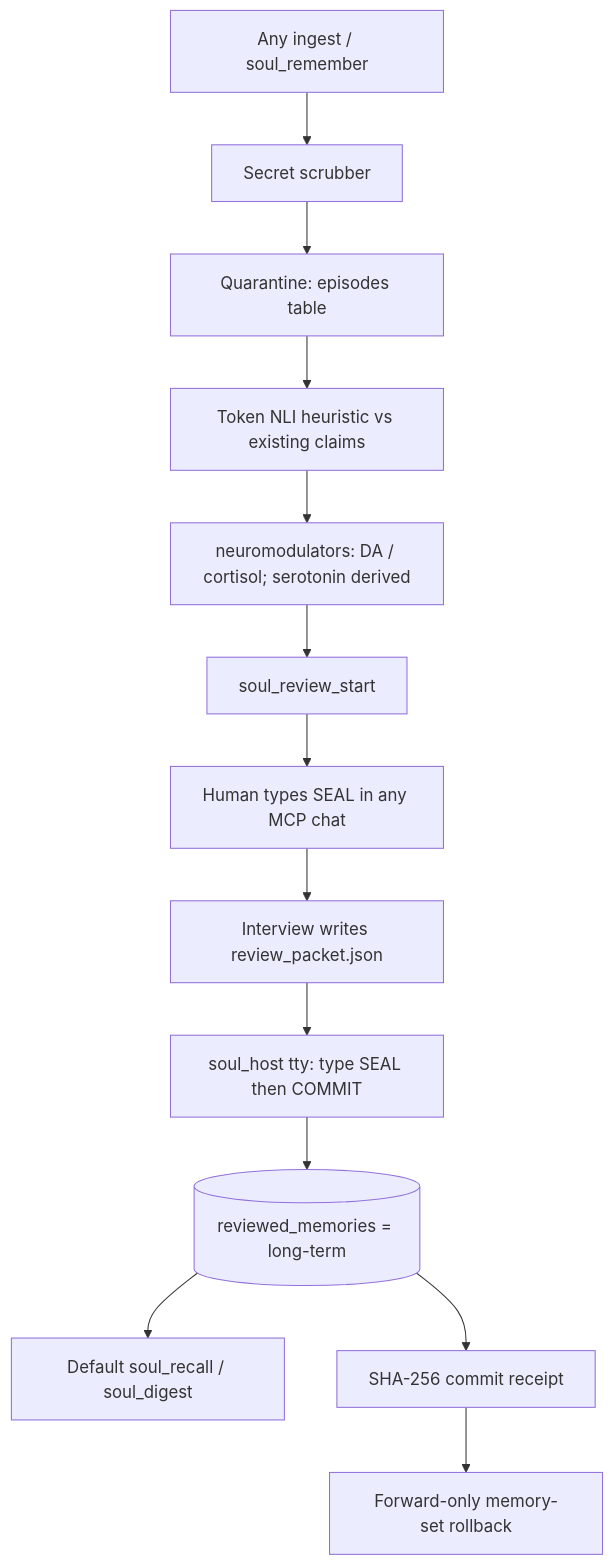
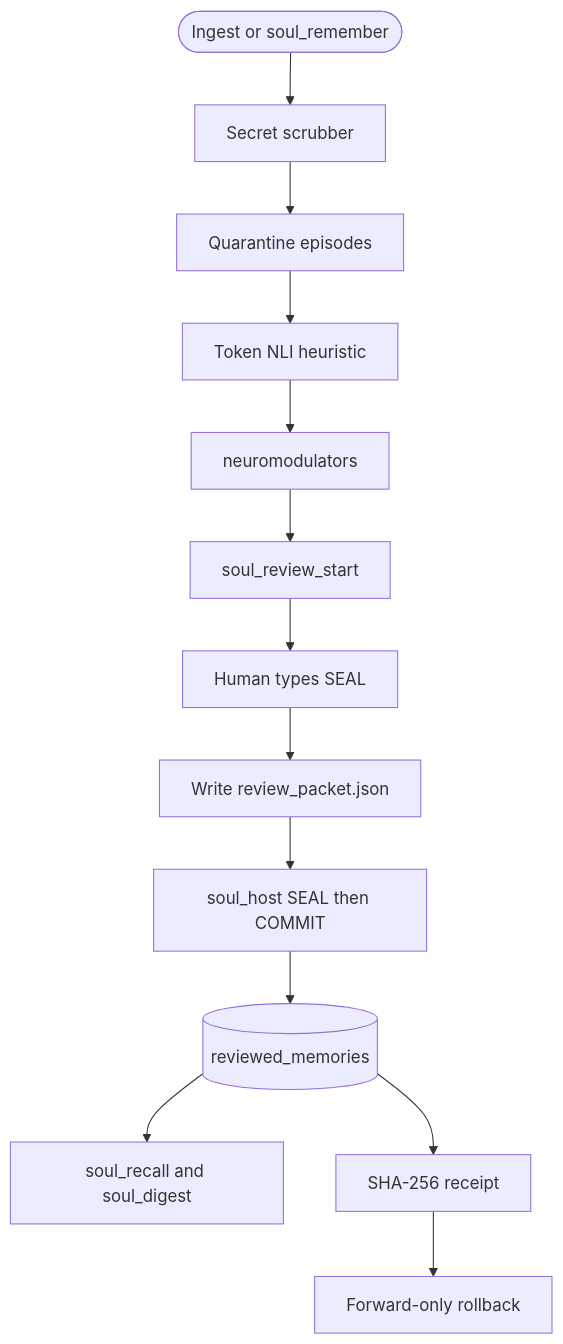
The diagram in README.md (Azhonaras/soul-engine), drawn with Mermaid before and after one commit. The commit also changed 6 other files, not shown here.

First line of the commit message:
docs: tighten Mermaid for GitHub and cap mypy below 2.

````diff
--- a/README.md
+++ b/README.md
@@ -157,15 +157,15 @@
 ```mermaid
 flowchart TD
-    E["Any ingest / soul_remember"] --> S["Secret scrubber"]
-    S --> Q["Quarantine: episodes table"]
-    Q --> NLI["Token NLI heuristic vs existing claims"]
-    NLI --> BIO["neuromodulators: DA / cortisol; serotonin derived"]
-    BIO --> START["soul_review_start"]
-    START --> IV["Human types SEAL in any MCP chat"]
-    IV --> ASK["Interview writes review_packet.json"]
-    ASK --> SEAL["soul_host tty: type SEAL then COMMIT"]
-    SEAL --> DB[("reviewed_memories = long-term")]
-    DB --> RECALL["Default soul_recall / soul_digest"]
-    DB --> HASH["SHA-256 commit receipt"]
-    HASH --> RB["Forward-only memory-set rollback"]
+    ingest(["Ingest or soul_remember"]) --> scrub["Secret scrubber"]
+    scrub --> quarantine["Quarantine episodes"]
+    quarantine --> nli["Token NLI heuristic"]
+    nli --> neuromod["neuromodulators"]
+    neuromod --> startReview["soul_review_start"]
+    startReview --> interview["Human types SEAL"]
+    interview --> packet["Write review_packet.json"]
+    packet --> sealHost["soul_host SEAL then COMMIT"]
+    sealHost --> reviewed[("reviewed_memories")]
+    reviewed --> recall["soul_recall and soul_digest"]
+    reviewed --> receipt["SHA-256 receipt"]
+    receipt --> rollback["Forward-only rollback"]
 ```
````
